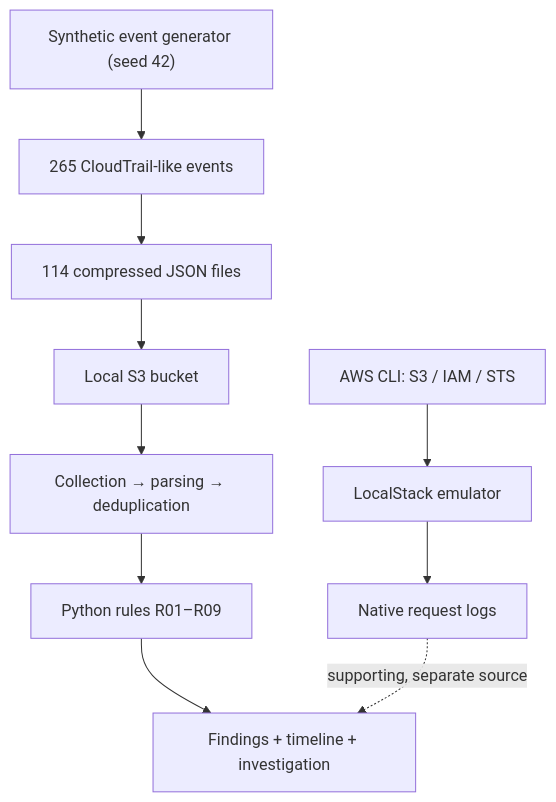
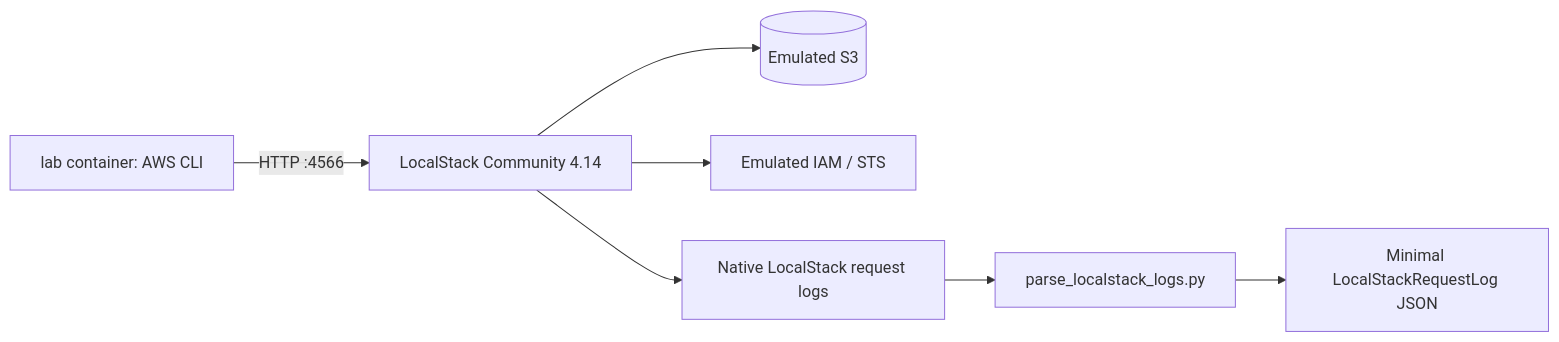
Before and after one commit to razokiyassine/aws-cloudtrail-dfir-lab: the first of 2 diagrams in docs/ARCHITECTURE.md, drawn with Mermaid. The commit also changed other lines of this file and 14 other files, not shown here.

Commit message:
Document architecture, incident investigation, detection and evidence

````diff
--- a/docs/ARCHITECTURE.md
+++ b/docs/ARCHITECTURE.md
@@ -9,12 +7,9 @@
 ```mermaid
-flowchart TD
-  A["AWS CLI: S3 / IAM / STS"] --> B["LocalStack emulator"]
-  B --> C["Native request logs"]
-  D["Synthetic event generator (seed 42)"] --> E["265 CloudTrail-like events"]
-  E --> F["114 compressed JSON files"]
-  F --> G["Local S3 bucket"]
-  G --> H["Collection → parsing → deduplication"]
-  H --> I["Python rules R01–R09"]
-  I --> J["Findings + timeline + investigation"]
-  C -. "supporting, separate source" .-> J
+flowchart LR
+    A[lab container: AWS CLI] -->|HTTP :4566| B[LocalStack Community 4.14]
+    B --> C[(Emulated S3)]
+    B --> D[Emulated IAM / STS]
+    B --> E[Native LocalStack request logs]
+    E --> F[parse_localstack_logs.py]
+    F --> G[Minimal LocalStackRequestLog JSON]
 ```
````
